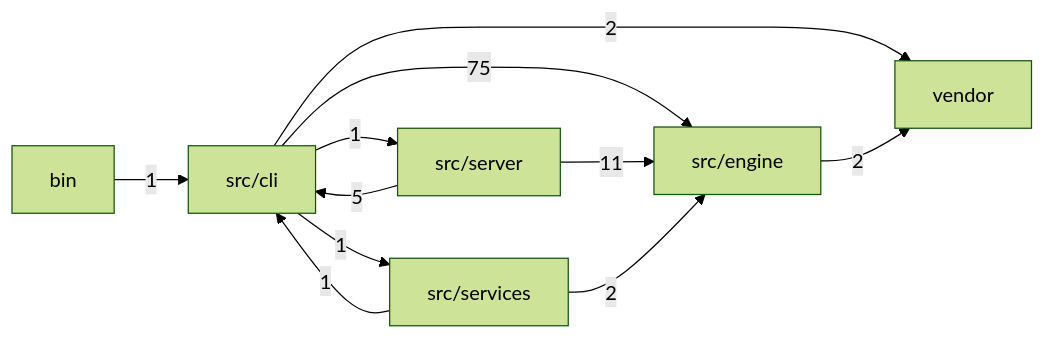
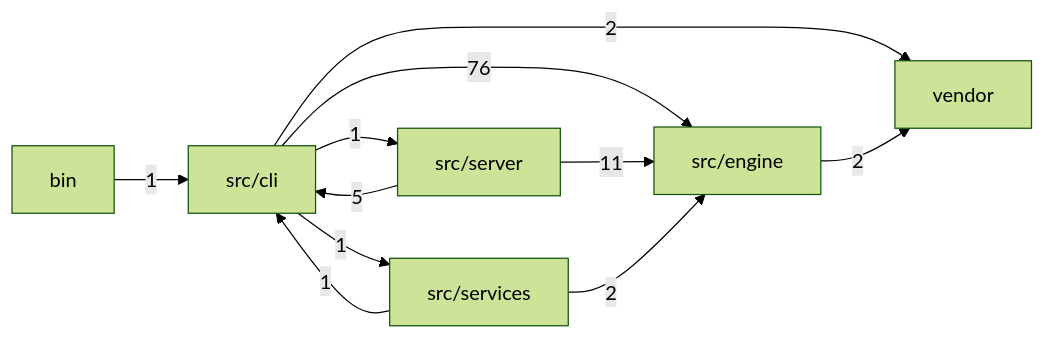
The first of 2 diagrams in docs/MODULES.md (mgillr/memev), drawn with Mermaid (forest theme) before and after one commit. The commit also changed other lines of this file and 4 other files, not shown here.

````diff
--- a/docs/MODULES.md
+++ b/docs/MODULES.md
@@ -11,19 +11,19 @@
 ```mermaid
 flowchart LR
   bin["bin"]
   cli["src/cli"]
   engine["src/engine"]
   server["src/server"]
   services["src/services"]
   vendor["vendor"]
   bin -->|"1"| cli
-  cli -->|"75"| engine
+  cli -->|"76"| engine
   cli -->|"1"| server
   cli -->|"1"| services
   cli -->|"2"| vendor
   engine -->|"2"| vendor
   server -->|"5"| cli
   server -->|"11"| engine
   services -->|"1"| cli
   services -->|"2"| engine
 ```
````
